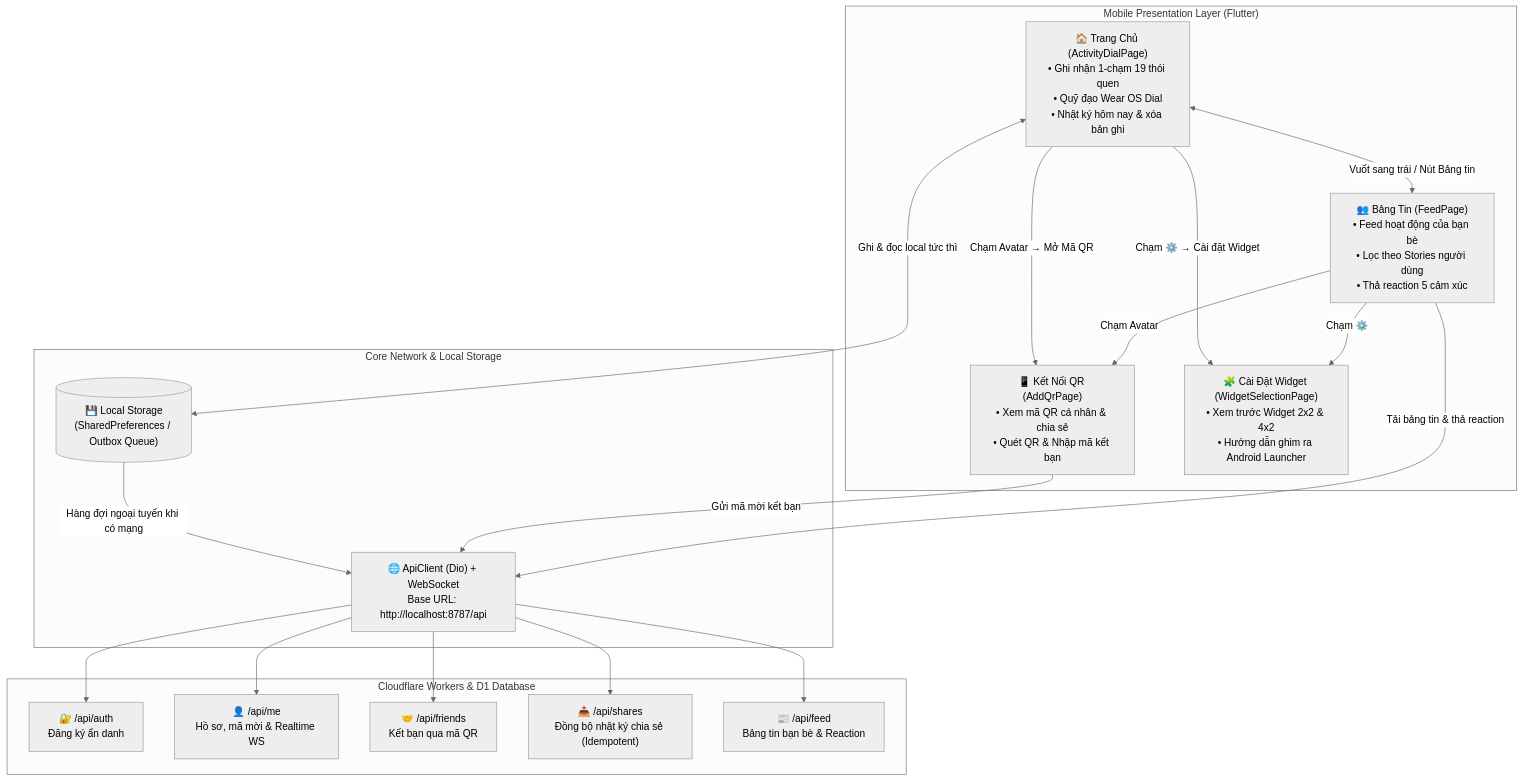
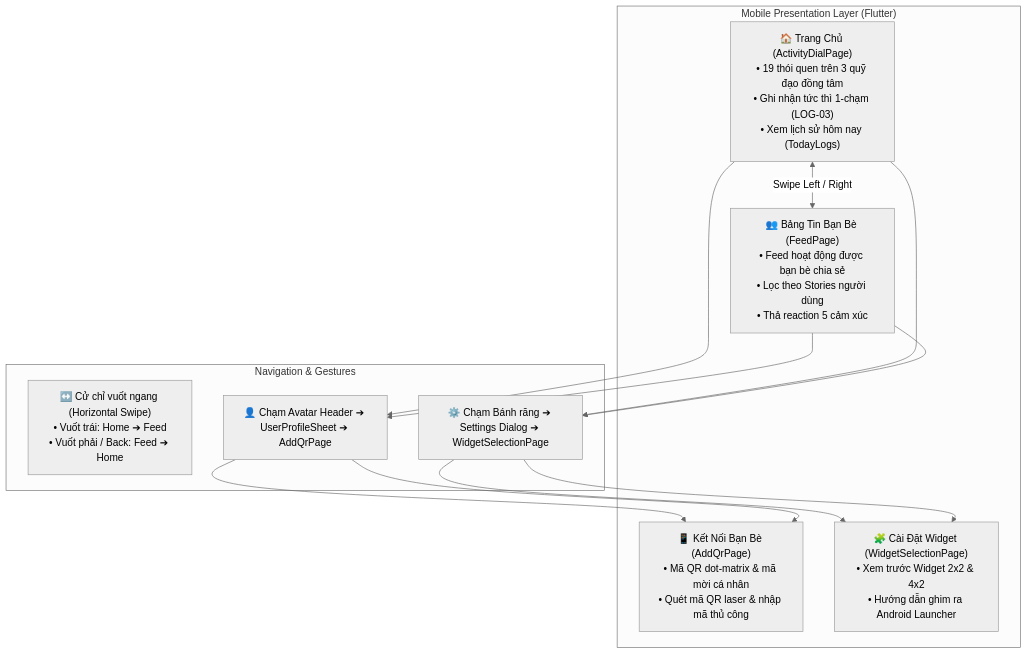
The first of 2 diagrams in docs/app_usage_and_backend_routing.md (PRM393GROUP3/Cham-ActivityLogWithPeople), drawn with Mermaid (neutral theme) before and after one commit. The commit also changed other lines of this file, not shown here.

Commit message:
docs: enhance app usage and backend routing documentation with detailed screen guides and navigation architecture

````diff
--- a/docs/app_usage_and_backend_routing.md
+++ b/docs/app_usage_and_backend_routing.md
@@ -11,39 +16,21 @@
 ```mermaid
 flowchart TD
     subgraph UI["Mobile Presentation Layer (Flutter)"]
-        Home["🏠 Trang Chủ (ActivityDialPage)<br/>• Ghi nhận 1-chạm 19 thói quen<br/>• Quỹ đạo Wear OS Dial<br/>• Nhật ký hôm nay & xóa bản ghi"]
-        Feed["👥 Bảng Tin (FeedPage)<br/>• Feed hoạt động của bạn bè<br/>• Lọc theo Stories người dùng<br/>• Thả reaction 5 cảm xúc"]
-        QR["📱 Kết Nối QR (AddQrPage)<br/>• Xem mã QR cá nhân & chia sẻ<br/>• Quét QR & Nhập mã kết bạn"]
+        Home["🏠 Trang Chủ (ActivityDialPage)<br/>• 19 thói quen trên 3 quỹ đạo đồng tâm<br/>• Ghi nhận tức thì 1-chạm (LOG-03)<br/>• Xem lịch sử hôm nay (TodayLogs)"]
+        Feed["👥 Bảng Tin Bạn Bè (FeedPage)<br/>• Feed hoạt động được bạn bè chia sẻ<br/>• Lọc theo Stories người dùng<br/>• Thả reaction 5 cảm xúc"]
+        QR["📱 Kết Nối Bạn Bè (AddQrPage)<br/>• Mã QR dot-matrix & mã mời cá nhân<br/>• Quét mã QR laser & nhập mã thủ công"]
         Widgets["🧩 Cài Đặt Widget (WidgetSelectionPage)<br/>• Xem trước Widget 2x2 & 4x2<br/>• Hướng dẫn ghim ra Android Launcher"]
     end
 
-    subgraph Network["Core Network & Local Storage"]
-        LocalStorage[("💾 Local Storage<br/>(SharedPreferences / Outbox Queue)")]
-        ApiClient["🌐 ApiClient (Dio) + WebSocket<br/>Base URL: http://localhost:8787/api"]
+    subgraph Nav["Navigation & Gestures"]
+        Swipe["↔️ Cử chỉ vuốt ngang (Horizontal Swipe)<br/>• Vuốt trái: Home ➔ Feed<br/>• Vuốt phải / Back: Feed ➔ Home"]
+        ProfileNav["👤 Chạm Avatar Header ➔ UserProfileSheet ➔ AddQrPage"]
+        SettingsNav["⚙️ Chạm Bánh răng ➔ Settings Dialog ➔ WidgetSelectionPage"]
     end
 
-    subgraph Backend["Cloudflare Workers & D1 Database"]
-        AuthRoutes["🔐 /api/auth<br/>Đăng ký ẩn danh"]
-        MeRoutes["👤 /api/me<br/>Hồ sơ, mã mời & Realtime WS"]
-        FriendRoutes["🤝 /api/friends<br/>Kết bạn qua mã QR"]
-        ShareRoutes["📤 /api/shares<br/>Đồng bộ nhật ký chia sẻ (Idempotent)"]
-        FeedRoutes["📰 /api/feed<br/>Bảng tin bạn bè & Reaction"]
-    end
-
-    Home <-->|"Vuốt sang trái / Nút Bảng tin"| Feed
-    Home -->|"Chạm Avatar → Mở Mã QR"| QR
-    Home -->|"Chạm ⚙️ → Cài đặt Widget"| Widgets
-    Feed -->|"Chạm Avatar"| QR
-    Feed -->|"Chạm ⚙️"| Widgets
-
-    Home <-->|Ghi & đọc local tức thì| LocalStorage
-    LocalStorage -->|Hàng đợi ngoại tuyến khi có mạng| ApiClient
-    QR -->|Gửi mã mời kết bạn| ApiClient
-    Feed -->|Tải bảng tin & thả reaction| ApiClient
-
-    ApiClient --> AuthRoutes
-    ApiClient --> MeRoutes
-    ApiClient --> FriendRoutes
-    ApiClient --> ShareRoutes
-    ApiClient --> FeedRoutes
+    Home <-->|Swipe Left / Right| Feed
+    Home --> ProfileNav --> QR
+    Home --> SettingsNav --> Widgets
+    Feed --> ProfileNav --> QR
+    Feed --> SettingsNav --> Widgets
 ```
````
